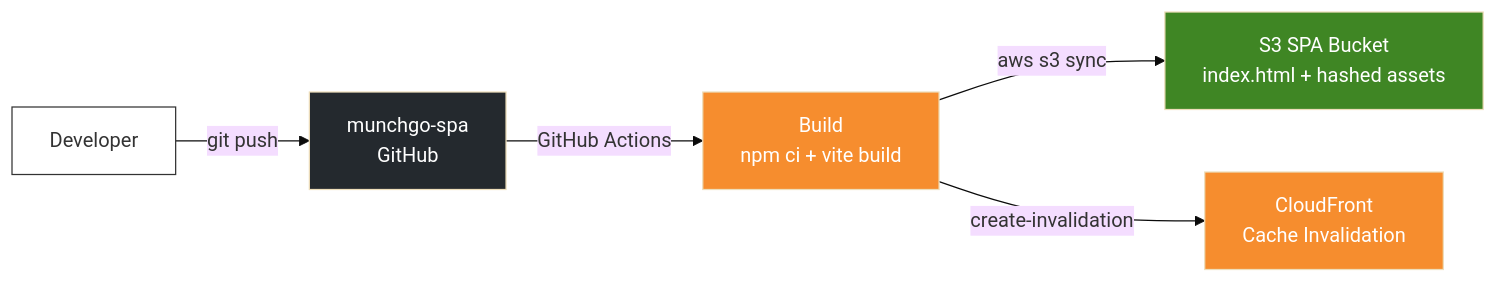
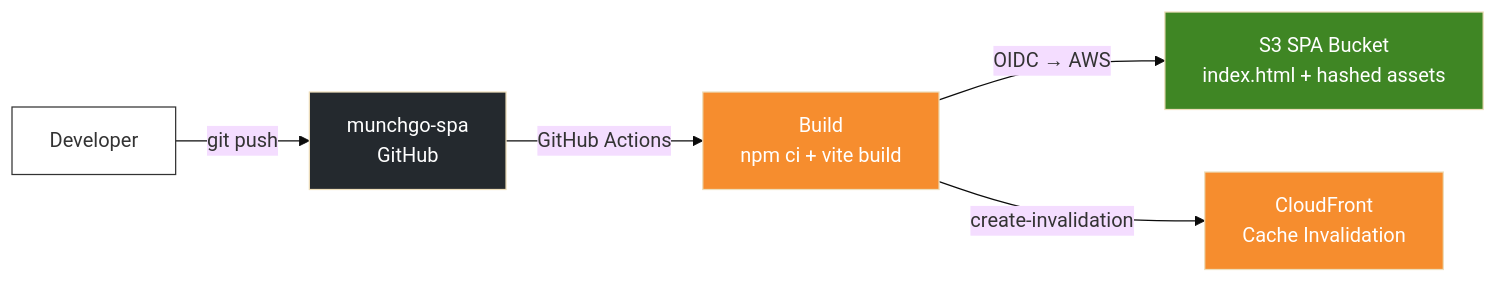
Diagram 15 of 19 in README.md (shanaka-versent/munchgo-aws-iac), drawn with Mermaid (base theme) before and after one commit. The commit also changed other lines of this file, not shown here.

````diff
--- a/README.md
+++ b/README.md
@@ -850,13 +857,13 @@
 ```mermaid
 graph LR
     DEV2[Developer] -->|git push| SPA_REPO["munchgo-spa<br/>GitHub"]
     SPA_REPO -->|GitHub Actions| BUILD2["Build<br/>npm ci + vite build"]
-    BUILD2 -->|aws s3 sync| S3_2["S3 SPA Bucket<br/>index.html + hashed assets"]
+    BUILD2 -->|"OIDC → AWS"| S3_2["S3 SPA Bucket<br/>index.html + hashed assets"]
     BUILD2 -->|create-invalidation| CF2["CloudFront<br/>Cache Invalidation"]
 
     style DEV2 fill:#fff,stroke:#333,color:#333
     style SPA_REPO fill:#24292E,color:#fff
     style BUILD2 fill:#F68D2E,color:#fff
     style S3_2 fill:#3F8624,color:#fff
     style CF2 fill:#F68D2E,color:#fff
 ```
````
